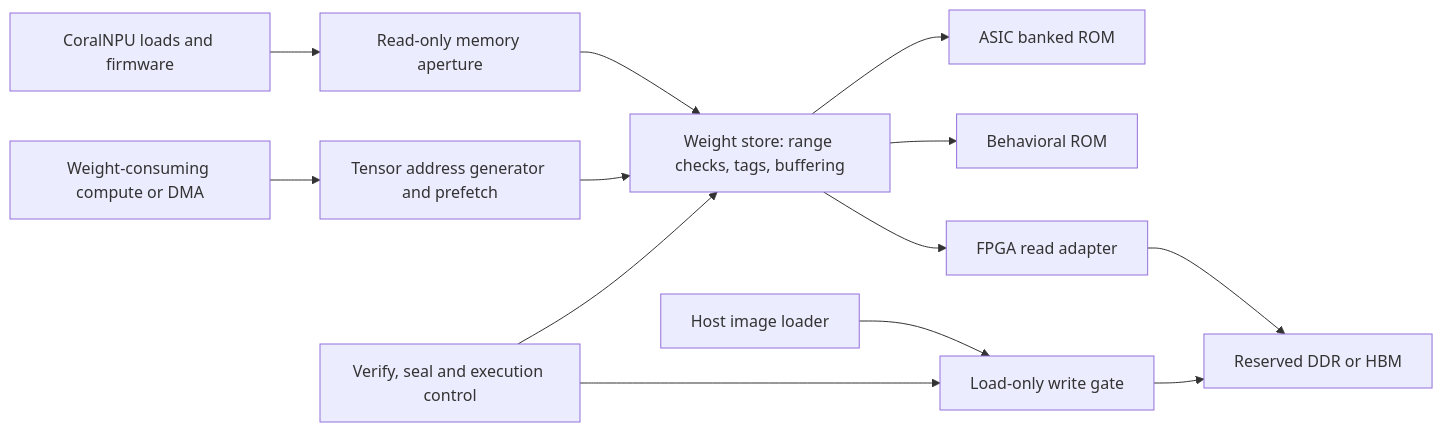
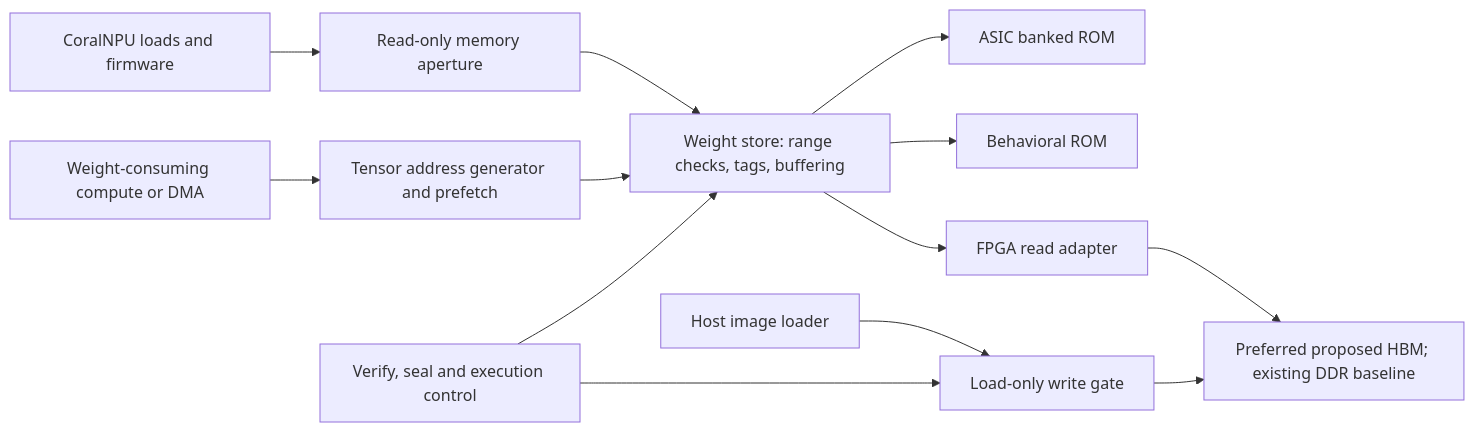
The diagram in doc/microarch/weightstore.md (Ergodex-Core/bonsai_on_chip), drawn with Mermaid before and after one commit. The commit also changed other lines of this file and 3 other files, not shown here.

````diff
--- a/doc/microarch/weightstore.md
+++ b/doc/microarch/weightstore.md
@@ -25,15 +32,15 @@
 ```mermaid
 flowchart LR
   CPU[CoralNPU loads and firmware] --> AP[Read-only memory aperture]
   K[Weight-consuming compute or DMA] --> AG[Tensor address generator and prefetch]
   AP --> WS[Weight store: range checks, tags, buffering]
   AG --> WS
   WS --> ROM[ASIC banked ROM]
   WS --> SIM[Behavioral ROM]
   WS --> EXT[FPGA read adapter]
-  EXT --> MEM[Reserved DDR or HBM]
+  EXT --> MEM[Preferred proposed HBM; existing DDR baseline]
   HOST[Host image loader] --> GUARD[Load-only write gate]
   GUARD --> MEM
   CTL[Verify, seal and execution control] --> GUARD
   CTL --> WS
 ```
````
